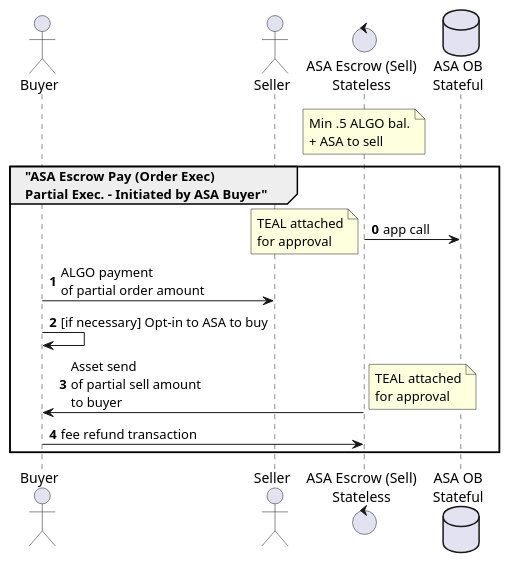
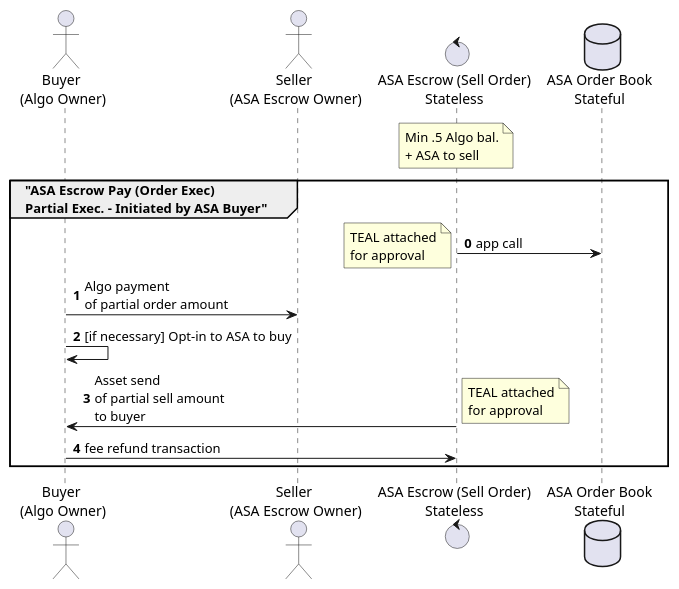
Before and after one commit to algodex/algodex-architecture: the diagram in diagrams/asa_escrow_execute_partial.puml, drawn with PlantUML. The commit also changed 18 other files, not shown here.

Commit message:
Add architecture updates

```diff
--- a/diagrams/asa_escrow_execute_partial.puml
+++ b/diagrams/asa_escrow_execute_partial.puml
@@ -1,19 +1,19 @@
 @startuml
-actor Buyer
-actor Seller
-control "ASA Escrow (Sell)\nStateless" as ASAEscrow
-database "ASA OB\nStateful" as ASAOB
-note over ASAEscrow: Min .5 ALGO bal.\n+ ASA to sell
+actor "Buyer \n(Algo Owner)" as Buyer
+actor "Seller \n(ASA Escrow Owner)" as Seller
+control "ASA Escrow (Sell Order)\nStateless" as ASAEscrow
+database "ASA Order Book\nStateful" as ASAOB
+note over ASAEscrow: Min .5 Algo bal.\n+ ASA to sell
 
 group "ASA Escrow Pay (Order Exec)\nPartial Exec. - Initiated by ASA Buyer"
 autonumber 0
 ASAEscrow -> ASAOB: app call
 note left: TEAL attached\nfor approval
-Buyer -> Seller: ALGO payment\nof partial order amount
+Buyer -> Seller: Algo payment\nof partial order amount
 Buyer -> Buyer: [if necessary] Opt-in to ASA to buy
 ASAEscrow -> Buyer: Asset send\nof partial sell amount\nto buyer
 note right: TEAL attached\nfor approval
 Buyer -> ASAEscrow: fee refund transaction
 end
 
 @enduml
```
